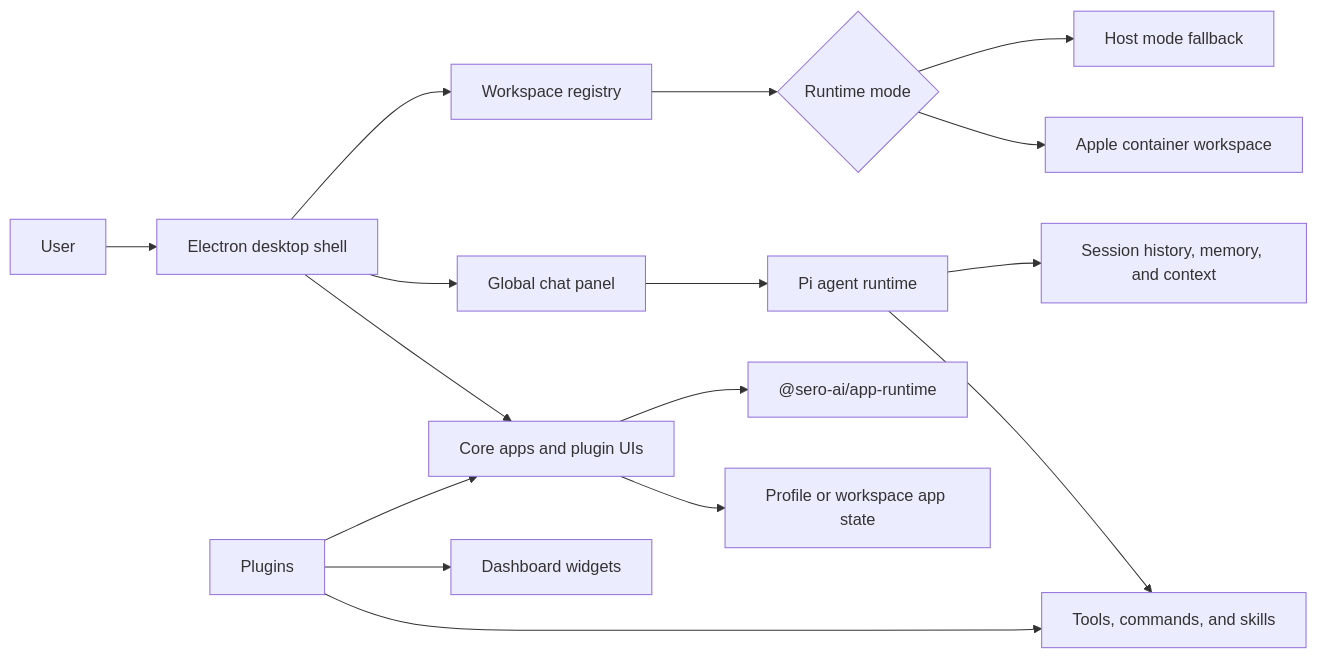
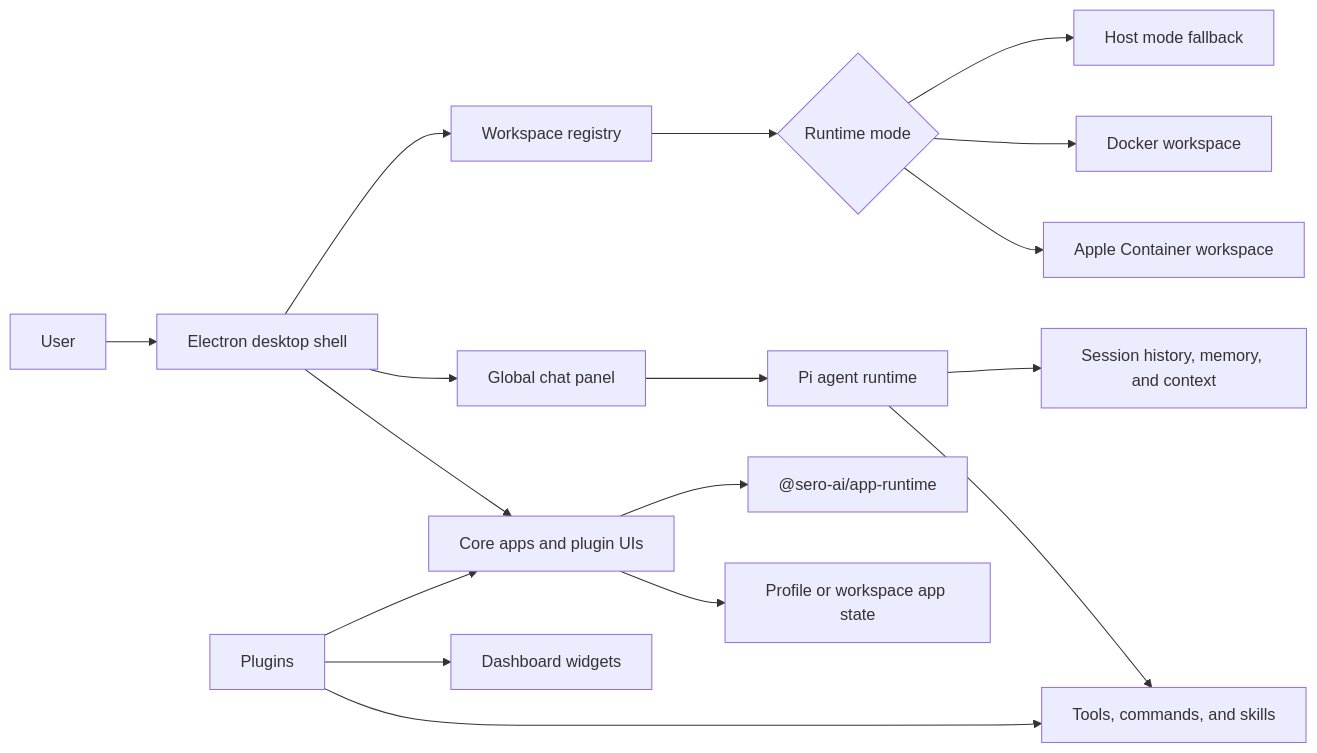
The first of 2 diagrams in apps/docs-site/docs/reference/architecture.md (sero-labs/sero), drawn with Mermaid before and after one commit. The commit also changed other lines of this file and 24 other files, not shown here.

````diff
--- a/apps/docs-site/docs/reference/architecture.md
+++ b/apps/docs-site/docs/reference/architecture.md
@@ -15,23 +15,24 @@
 ```mermaid
 flowchart LR
   User[User] --> Shell[Electron desktop shell]
 
   Shell --> Apps[Core apps and plugin UIs]
   Shell --> Chat[Global chat panel]
   Shell --> Workspace[Workspace registry]
 
   Chat --> Pi[Pi agent runtime]
   Pi --> Tools[Tools, commands, and skills]
   Pi --> Context[Session history, memory, and context]
 
   Workspace --> Runtime{Runtime mode}
-  Runtime --> Container[Apple container workspace]
+  Runtime --> Apple[Apple Container workspace]
+  Runtime --> Docker[Docker workspace]
   Runtime --> Host[Host mode fallback]
 
   Apps --> AppRuntime["@sero-ai/app-runtime"]
   Apps --> AppState[Profile or workspace app state]
 
   Plugins[Plugins] --> Apps
   Plugins --> Tools
   Plugins --> Widgets[Dashboard widgets]
 ```
````
